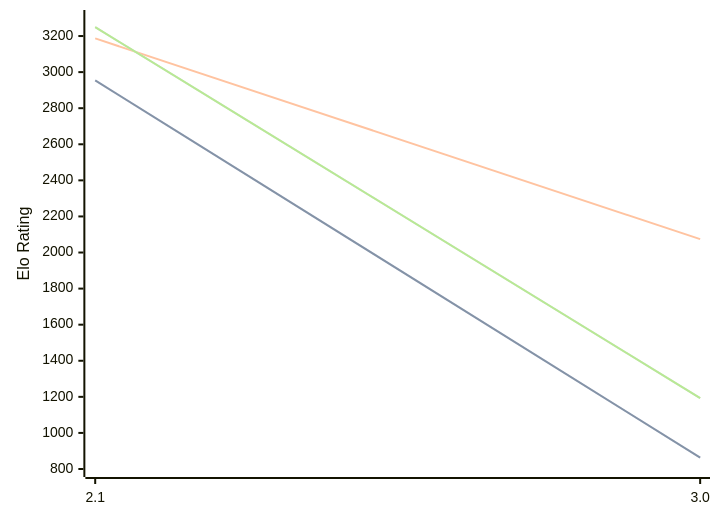
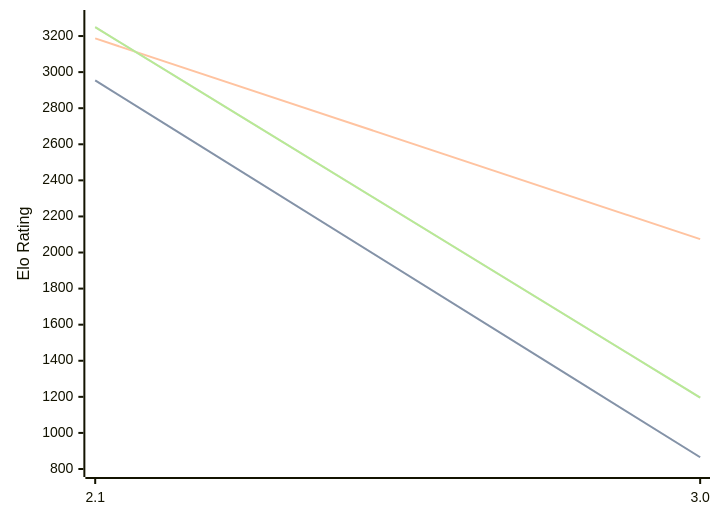
The diagram in engines/Quirky.md (computer-chess-index/cci), drawn with Mermaid before and after one commit. The commit also changed other lines of this file, not shown here.

Commit message:
Update CCI Ratings (ELO VLTC) - 2026-08-23

````diff
--- a/engines/Quirky.md
+++ b/engines/Quirky.md
@@ -32,11 +32,11 @@
 ```mermaid
 %%{init: {"theme":"base","themeVariables":{"seriesColors:['#a3a3a3','#222221','#faa371']}}}%%
 xychart-beta
   x-axis ["2.1", "3.0"]
   y-axis "Elo Rating" 800 --> 3300
-  line "STC (8.0+0.08s)" [2954, 863]
-  line "STC (8.0+0.08s)" [2954, 863]
+  line "STC (8.0+0.08s)" [2954, 865]
+  line "STC (8.0+0.08s)" [2954, 865]
   line "LTC (60.0+0.60s)" [3187, 2074]
-  line "VLTC (2m24s+1.12s)" [3249, 1193]
-  line "VLTC (2m24s+1.12s)" [3249, 1193]
+  line "VLTC (2m24s+1.12s)" [3249, 1196]
+  line "VLTC (2m24s+1.12s)" [3249, 1196]
 ```
````
